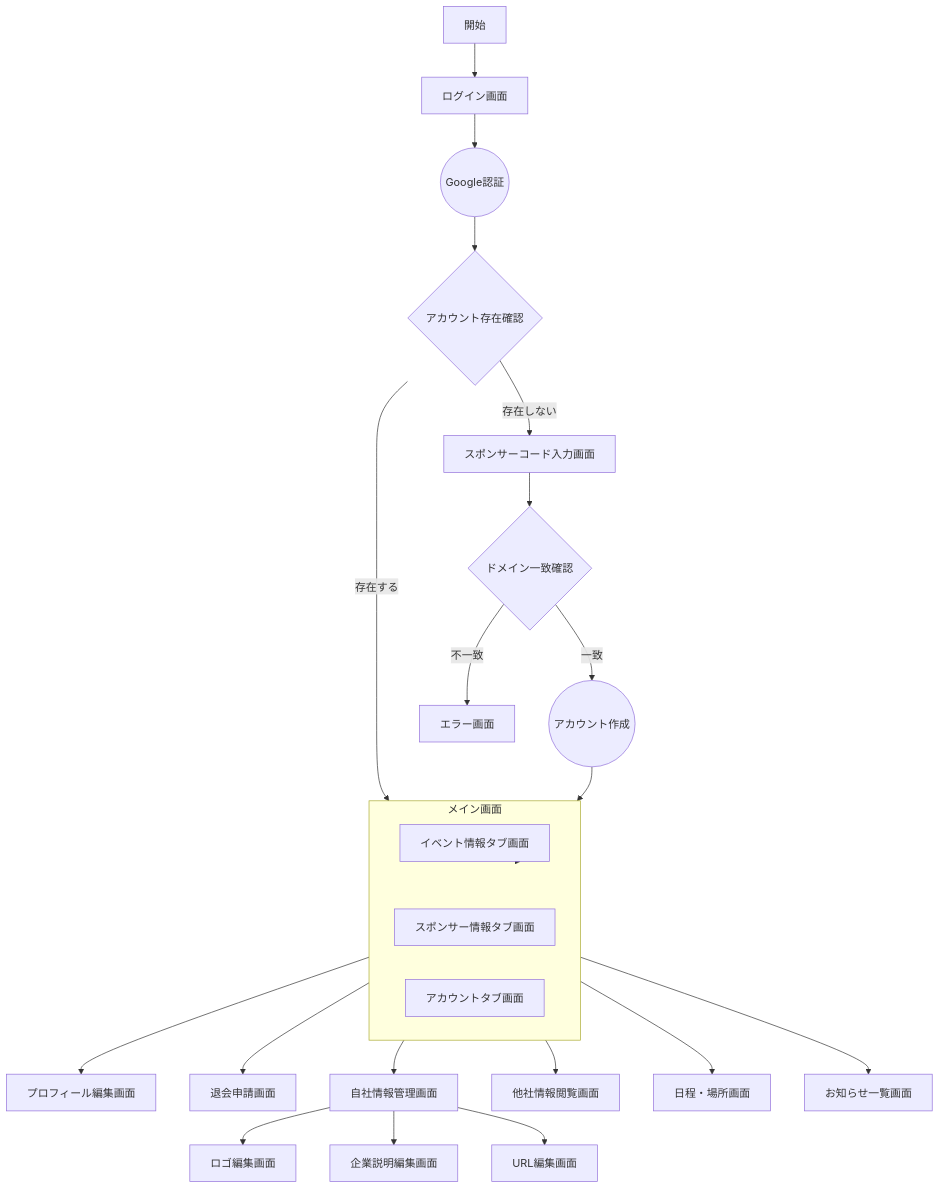
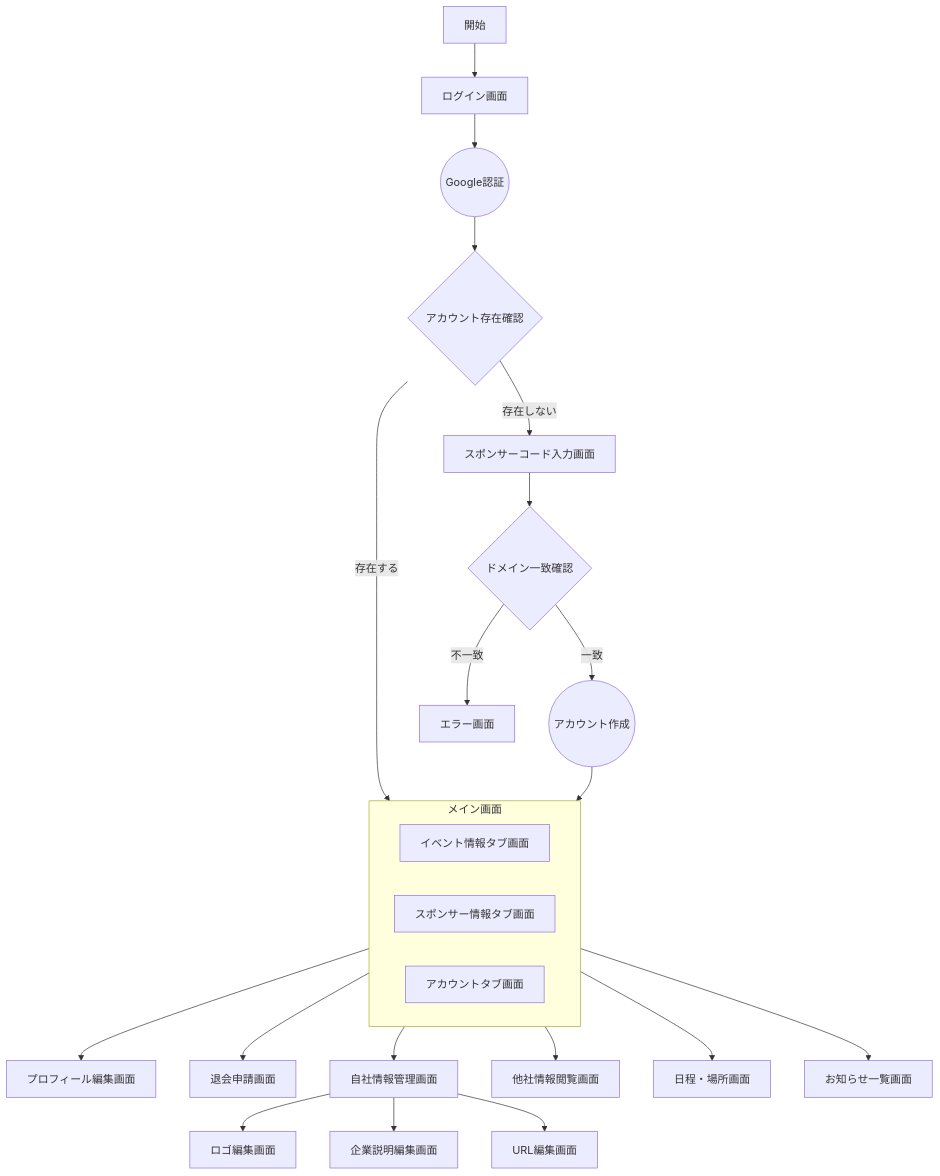
Before and after one commit to FlutterKaigi/2025: the diagram in docs/dashboard/SCREENS.md, drawn with Mermaid.

Commit message:
docs: イベント情報タブ画面へ直接遷移するよう変更

````diff
--- a/docs/dashboard/SCREENS.md
+++ b/docs/dashboard/SCREENS.md
@@ -54,40 +54,37 @@
 ```mermaid
 flowchart TD
     Start[開始] --> Login[ログイン画面]
     
     %% 認証フロー
     Login --> GoogleAuth((Google認証))
     GoogleAuth --> AccountCheck{アカウント存在確認}
-    AccountCheck --> |存在する| Main[メイン画面]
+    AccountCheck --> |存在する| EventInfo[イベント情報タブ画面]
     AccountCheck --> |存在しない| SponsorCode[スポンサーコード入力画面]
     
     %% 新規登録フロー
     SponsorCode --> DomainCheck{ドメイン一致確認}
     DomainCheck --> |一致| CreateAccount((アカウント作成))
     DomainCheck --> |不一致| RegisterError[エラー画面]
-    CreateAccount --> Main
+    CreateAccount --> EventInfo
     
     %% メイン画面のタブ構成
     subgraph Main[メイン画面]
       direction LR
+      SponsorInfo[スポンサー情報タブ画面]
       EventInfo[イベント情報タブ画面]
-      SponsorInfo[スポンサー情報タブ画面]
       Account[アカウントタブ画面]
     end
-    
-    %% メイン画面初期表示
-    Main --> EventInfo
     
     Account --> Profile[プロフィール編集画面]
     Account --> Withdrawal[退会申請画面]
     
     SponsorInfo --> OwnInfo[自社情報管理画面]
     SponsorInfo --> OtherInfo[他社情報閲覧画面]
     
     OwnInfo --> LogoEdit[ロゴ編集画面]
     OwnInfo --> DescEdit[企業説明編集画面]
     OwnInfo --> URLEdit[URL編集画面]
     
     EventInfo --> Schedule[日程・場所画面]
     EventInfo --> News[お知らせ一覧画面]
 ```
````
